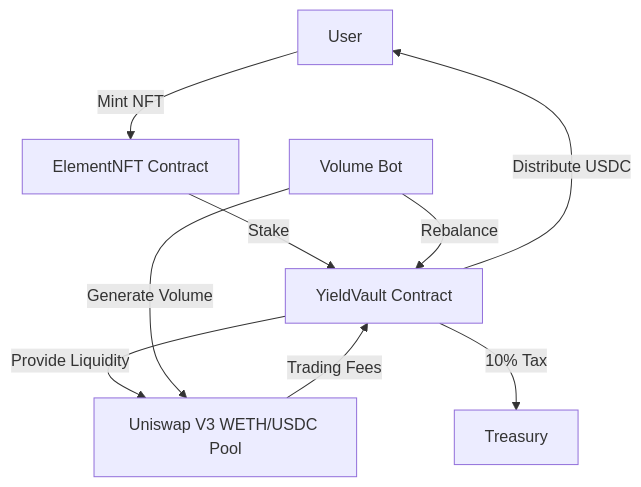
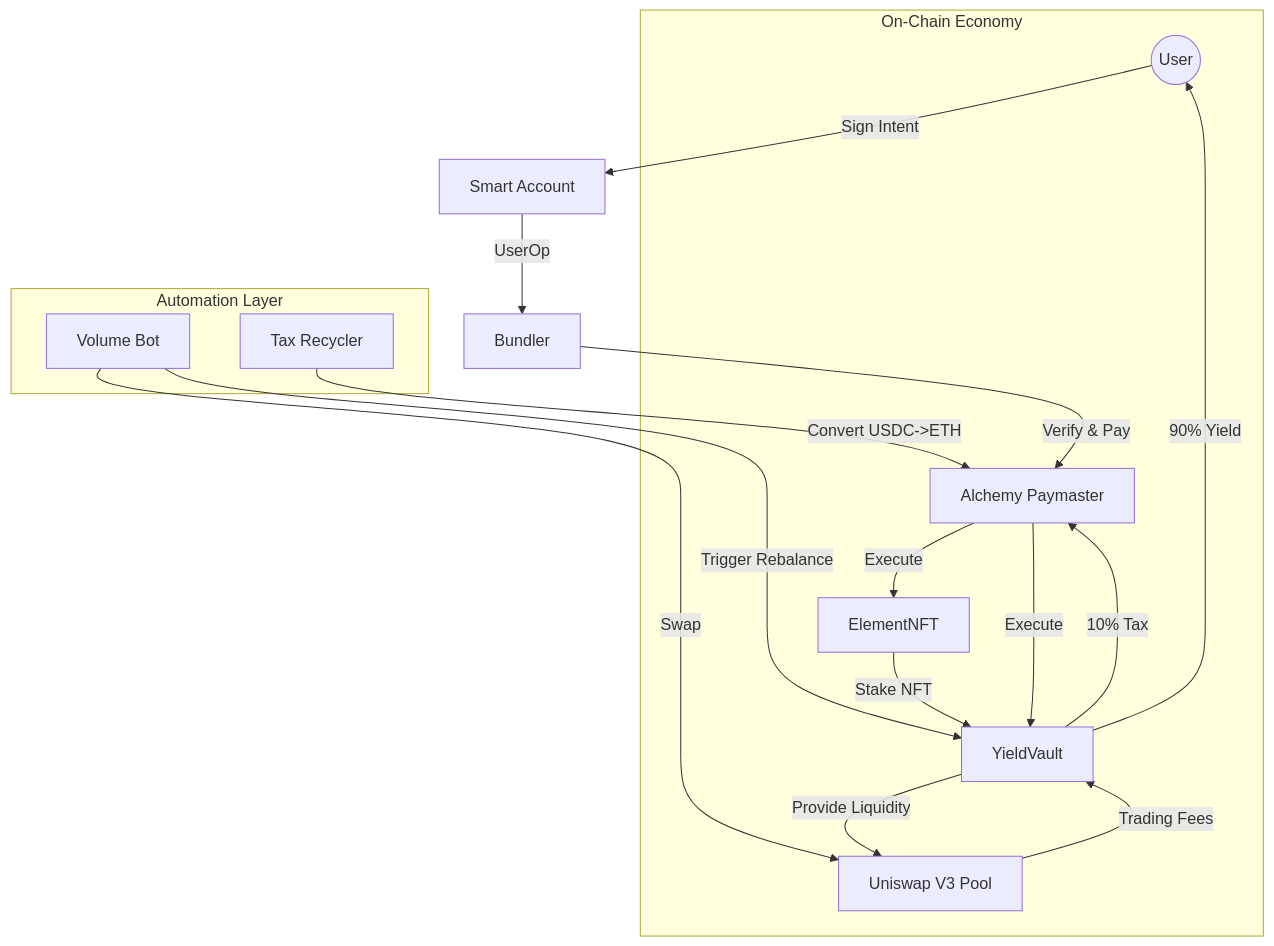
The diagram in README.md (Tmalone1250/alchemy-guild), drawn with Mermaid before and after one commit. The commit also changed other lines of this file, not shown here.

````diff
--- a/README.md
+++ b/README.md
@@ -45,11 +38,22 @@
 ```mermaid
 graph TD
-    A[User] -->|Mint NFT| B[ElementNFT Contract]
-    B -->|Stake| C[YieldVault Contract]
-    C -->|Provide Liquidity| D[Uniswap V3 WETH/USDC Pool]
-    D -->|Trading Fees| C
-    C -->|Distribute USDC| A
-    E[Volume Bot] -->|Rebalance| C
-    E -->|Generate Volume| D
-    C -->|10% Tax| F[Treasury]
+    User((User)) -->|Sign Intent| SA[Smart Account]
+    SA -->|UserOp| Bundler
+    Bundler -->|Verify & Pay| PM[Alchemy Paymaster]
+    PM -->|Execute| EN[ElementNFT]
+    PM -->|Execute| YV[YieldVault]
+
+    subgraph "On-Chain Economy"
+        EN -->|Stake NFT| YV
+        YV -->|Provide Liquidity| Uni[Uniswap V3 Pool]
+        Uni -->|Trading Fees| YV
+        YV -->|90% Yield| User
+        YV -->|10% Tax| PM
+    end
+
+    subgraph "Automation Layer"
+        Bot1[Volume Bot] -->|Swap| Uni
+        Bot1 -->|Trigger Rebalance| YV
+        Bot2[Tax Recycler] -->|Convert USDC->ETH| PM
+    end
 ```
````
